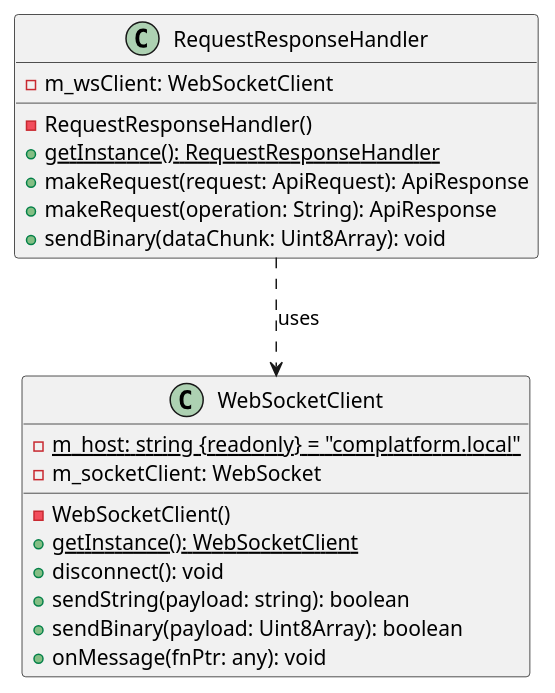
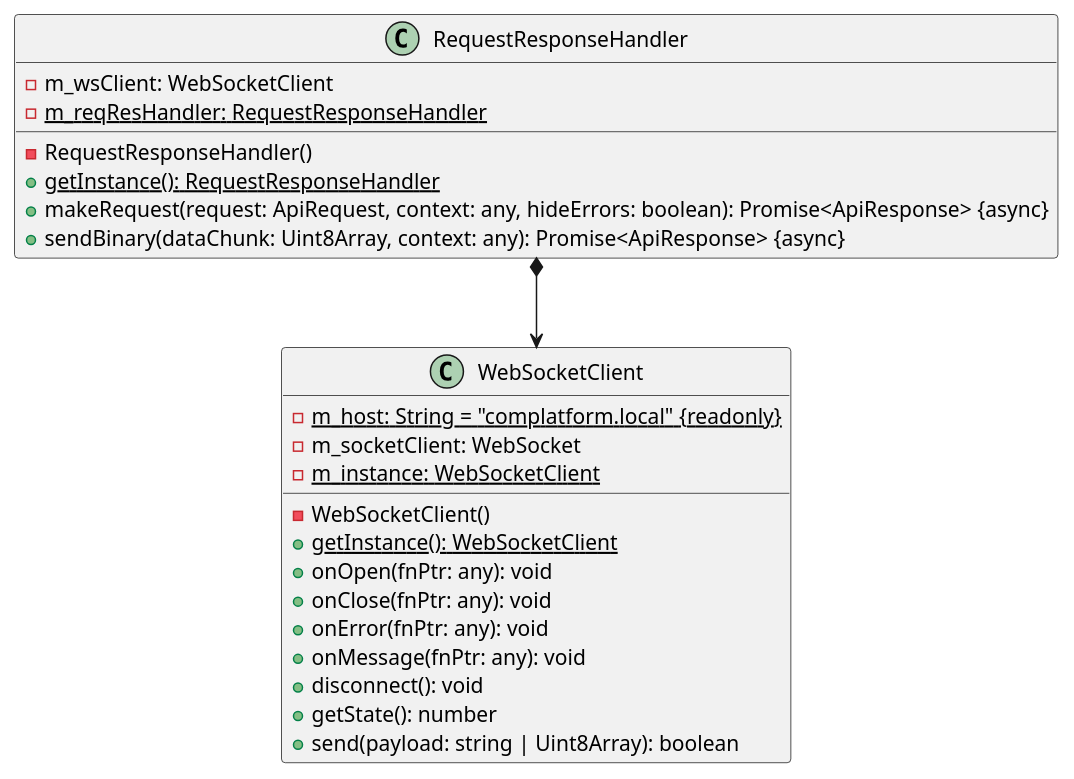
Before and after one commit to NewTec-GmbH/ZumoComSystem: the diagram in doc/design/client/ClassDiagrams/API.plantuml, drawn with PlantUML. The commit also changed 29 other files, not shown here.

Commit message:
refactor(*): Update design diagrams for client and refactor code

```diff
--- a/doc/design/client/ClassDiagrams/API.plantuml
+++ b/doc/design/client/ClassDiagrams/API.plantuml
@@ -1,24 +1,28 @@
 @startuml
+class WebSocketClient
+{
+    - {static} m_host: String = "complatform.local" {readonly}
+    - m_socketClient: WebSocket
+    - {static} m_instance: WebSocketClient
+    - WebSocketClient()
+    + {static} getInstance(): WebSocketClient
+    + onOpen(fnPtr: any): void
+    + onClose(fnPtr: any): void
+    + onError(fnPtr: any): void
+    + onMessage(fnPtr: any): void
+    + disconnect(): void
+    + getState(): number
+    + send(payload: string | Uint8Array): boolean
+}
+
 class RequestResponseHandler
 {
     - m_wsClient: WebSocketClient
+    - {static} m_reqResHandler: RequestResponseHandler
     - RequestResponseHandler()
     + {static} getInstance(): RequestResponseHandler
-    + makeRequest(request: ApiRequest): ApiResponse
-    + makeRequest(operation: String): ApiResponse
-    + sendBinary(dataChunk: Uint8Array): void
+    + makeRequest(request: ApiRequest, context: any, hideErrors: boolean): Promise<ApiResponse> {async}
+    + sendBinary(dataChunk: Uint8Array, context: any): Promise<ApiResponse> {async}
 }
-RequestResponseHandler ..> WebSocketClient : uses
-
-class WebSocketClient
-{
-    - {static} m_host: string {readonly} = "complatform.local"
-    - m_socketClient: WebSocket
-    - WebSocketClient()
-    + {static} getInstance(): WebSocketClient
-    + disconnect(): void
-    + sendString(payload: string): boolean
-    + sendBinary(payload: Uint8Array): boolean
-    + onMessage(fnPtr: any): void
-}
+RequestResponseHandler *--> WebSocketClient
 @enduml
```
